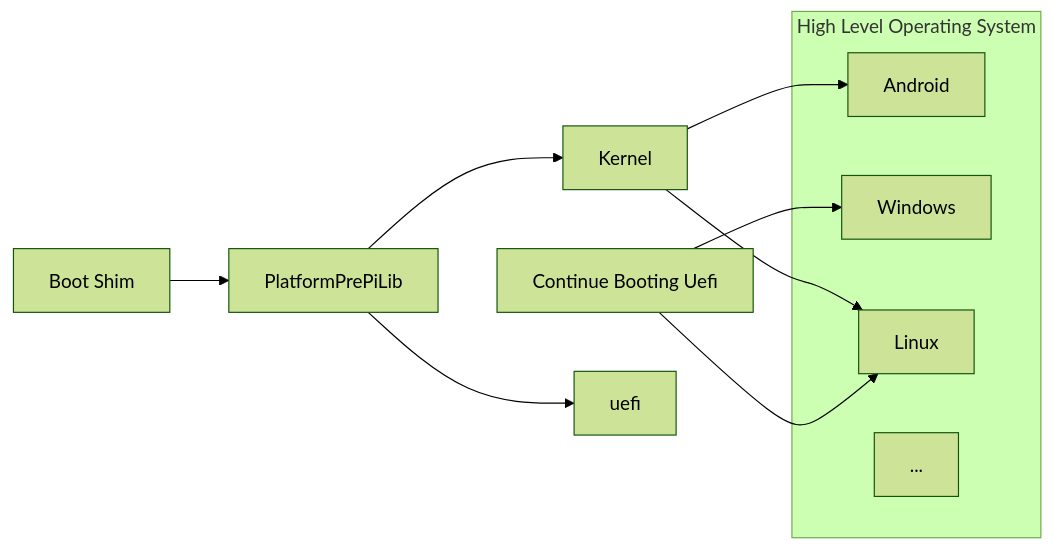
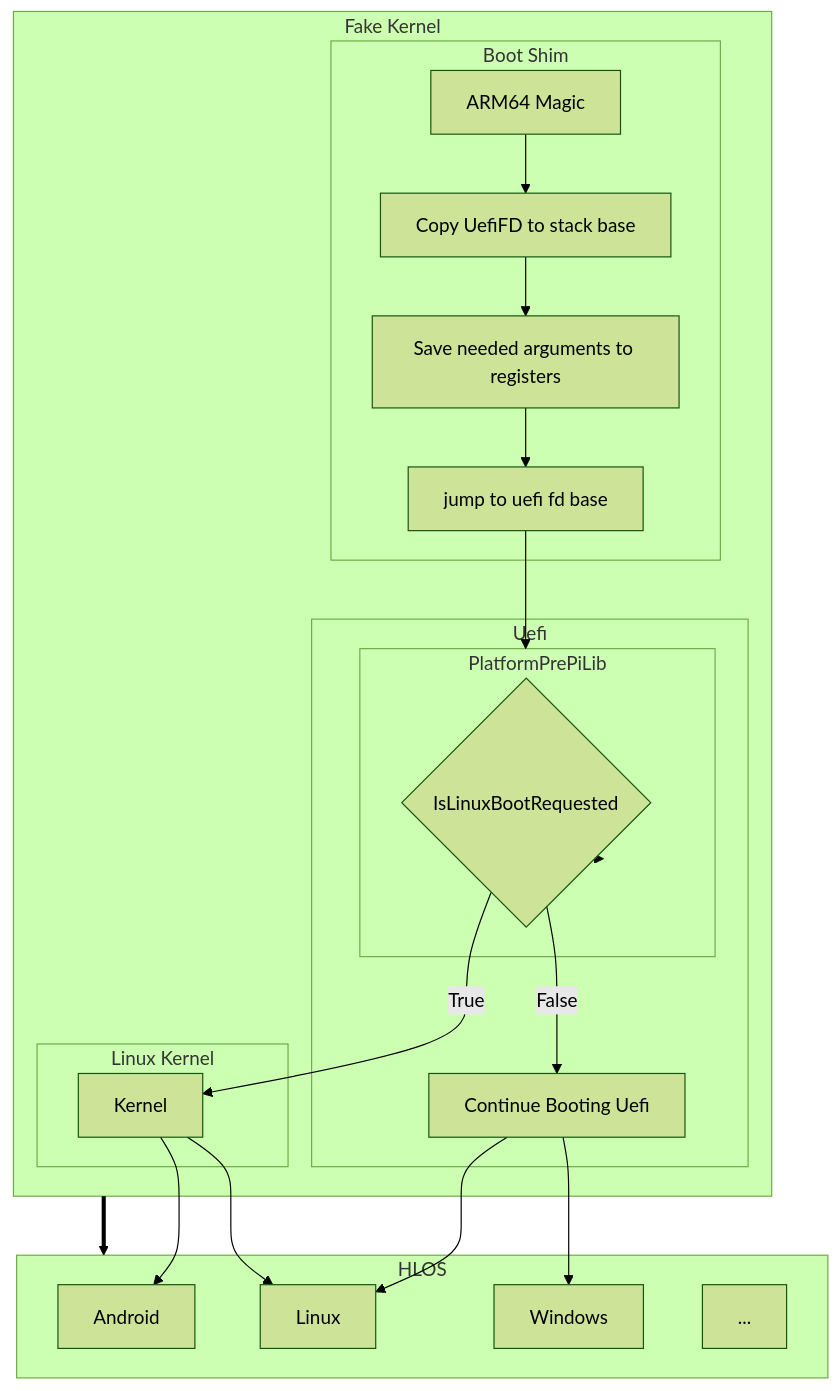
Before and after one commit to woa-msmnile/msmnilePkg: the diagram in README.md, drawn with Mermaid (forest theme). The commit also changed other lines of this file, not shown here.

Commit message:
General: Update README.md

````diff
--- a/README.md
+++ b/README.md
@@ -150,22 +150,39 @@
 ```mermaid
-graph LR
-  bootshim[Boot Shim]
-  kernel[Kernel]
-  continue_uefi[Continue Booting Uefi]
-  platform_prepi_lib[PlatformPrePiLib]
+flowchart TD
+  subgraph fake_kernel[Fake Kernel]
 
-    subgraph hlos[High Level Operating System]
-      android[Android]
-      windows[Windows]
-      linux[Linux]
-      etc[...]
+    subgraph bootshim[Boot Shim]
+      kernel_header[ARM64 Magic]
+      copy_fd[Copy UefiFD to stack base]
+      save_args[Save needed arguments to registers]
+      jump[jump to uefi fd base]
     end
 
-  bootshim --> platform_prepi_lib
-  platform_prepi_lib --> uefi
-  platform_prepi_lib --> kernel
-  kernel --> android
-  kernel --> linux
+    subgraph uefi[Uefi]
+      subgraph platform_prepi_lib[PlatformPrePiLib]
+        is_linux_boot_requested{IsLinuxBootRequested}
+      end
+      continue_uefi[Continue Booting Uefi]
+    end
+    subgraph kernel[Linux Kernel]
+      linux_kernel[Kernel]
+    end
+  end
+  
+  subgraph hlos[HLOS]
+    android[Android]
+    linux[Linux]
+    windows[Windows]
+    etc[...]
+  end
+
+  kernel_header --> copy_fd --> save_args --> jump --> platform_prepi_lib
+  platform_prepi_lib --> is_linux_boot_requested
+  is_linux_boot_requested -- True --> linux_kernel
+  is_linux_boot_requested -- False --> continue_uefi
+  continue_uefi --> linux
+  linux_kernel --> linux
+  linux_kernel --> android
   continue_uefi --> windows
-  continue_uefi --> linux
+  fake_kernel ==> hlos
 ```
````
